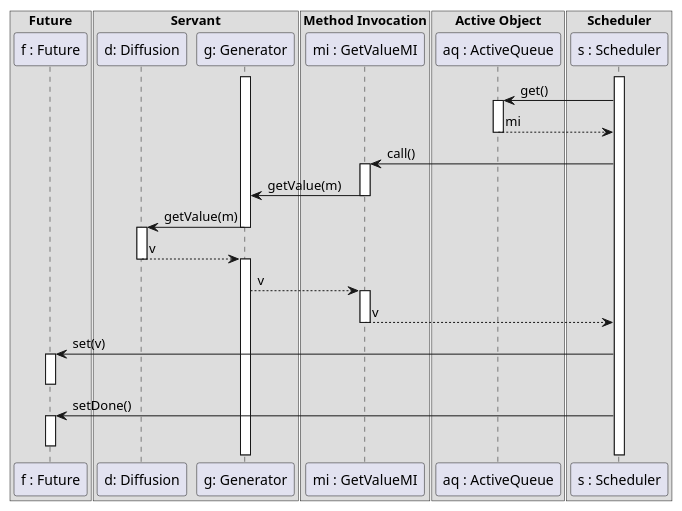
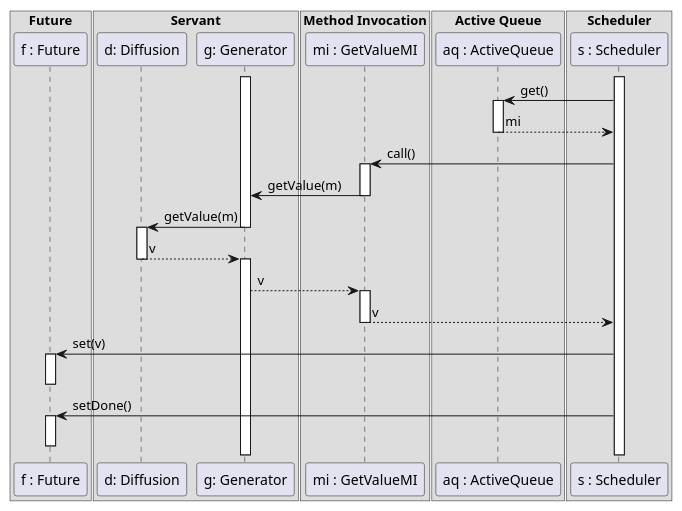
Before and after one commit to malahx/ISTIC: the diagram in AOC/TP1/M2/getValueAsync2.puml, drawn with PlantUML. The commit also changed 3 other files, not shown here.

Commit message:
corrected active queue name

```diff
--- a/AOC/TP1/M2/getValueAsync2.puml
+++ b/AOC/TP1/M2/getValueAsync2.puml
@@ -1,44 +1,44 @@
 @startuml
 box "Future"
     participant "f : Future" as f
 end box
 box "Servant"
     participant "d: Diffusion" as d
     participant "g: Generator" as g
 end box
 box "Method Invocation"
     participant "mi : GetValueMI" as mi
 end box
-box "Active Object"
+box "Active Queue"
     participant "aq : ActiveQueue" as aq
 end box
 box "Scheduler"
     participant "s : Scheduler" as s
 end box
 activate g
 activate s
 s -> aq: get()
 activate aq
 aq --> s: mi
 deactivate aq
 s -> mi: call()
 activate mi
 mi -> g: getValue(m)
 deactivate mi
 g -> d: getValue(m)
 deactivate g
 activate d
 d --> g: v
 deactivate d
 activate g
 g --> mi: v
 activate mi
 mi --> s: v
 deactivate mi
 s -> f: set(v)
 activate f
 deactivate f
 s -> f: setDone()
 activate f
 deactivate f
 @enduml
```
